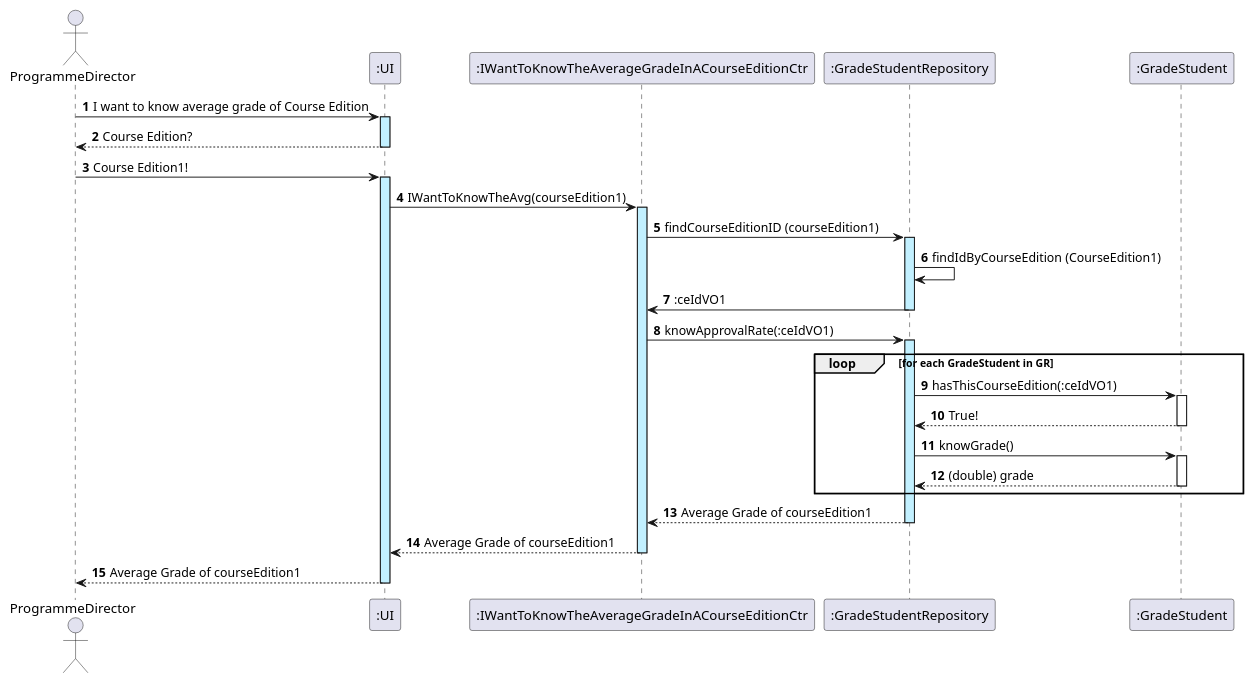
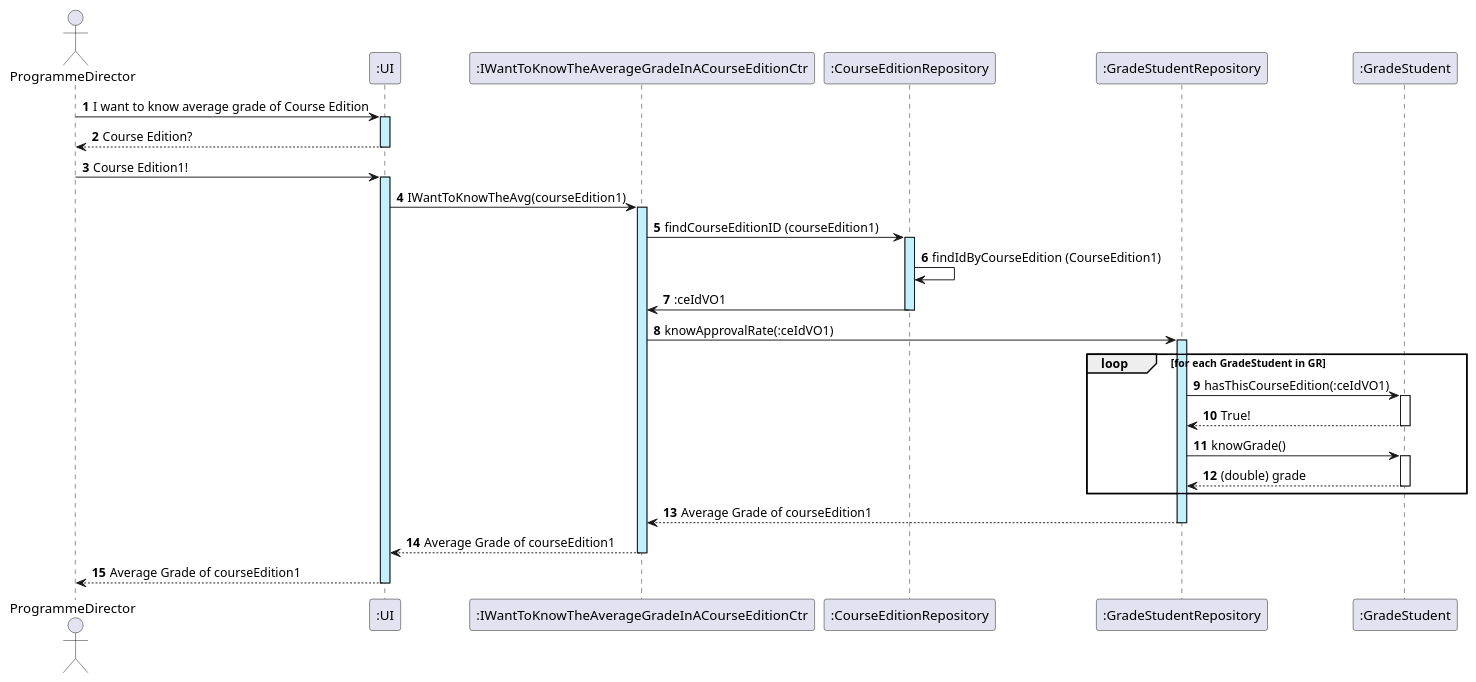
One commit to GasparISEP/DevOps-PAI changed the diagram in docs/US25/US25_knowTheAverageGradeInACourseEditionSD.puml. Above: the diagram before and after it, drawn with PlantUML.

Commit message:
Updated US25_SD. Related #56

```diff
--- a/docs/US25/US25_knowTheAverageGradeInACourseEditionSD.puml
+++ b/docs/US25/US25_knowTheAverageGradeInACourseEditionSD.puml
@@ -1,39 +1,40 @@
 @startuml
 actor ProgrammeDirector
 participant ":UI" as UI
 participant ":IWantToKnowTheAverageGradeInACourseEditionCtr" as KA
+participant ":CourseEditionRepository" as CER
 participant ":GradeStudentRepository" as GR
 participant ":GradeStudent" as GradeStudent
 autonumber
 
 
 ProgrammeDirector -> UI ++ #application: I want to know average grade of Course Edition
 UI --> ProgrammeDirector -- : Course Edition?
 ProgrammeDirector -> UI ++ #application: Course Edition1!
 UI -> KA ++ #application : IWantToKnowTheAvg(courseEdition1)
-KA -> GR ++ #application : findCourseEditionID (courseEdition1)
-GR -> GR : findIdByCourseEdition (CourseEdition1)
-GR -> KA :  :ceIdVO1
-deactivate GR
+KA -> CER ++ #application : findCourseEditionID (courseEdition1)
+CER -> CER : findIdByCourseEdition (CourseEdition1)
+CER -> KA :  :ceIdVO1
+deactivate CER
 KA -> GR ++ #application : knowApprovalRate(:ceIdVO1)
 
 
 
 loop for each GradeStudent in GR
     GR -> GradeStudent : hasThisCourseEdition(:ceIdVO1)
     activate GradeStudent
     GradeStudent --> GR : True!
     deactivate GradeStudent
 
     GR -> GradeStudent : knowGrade()
     activate GradeStudent
     GradeStudent --> GR : (double) grade
     deactivate GradeStudent
 end
 
 
 GR --> KA --: Average Grade of courseEdition1
 KA --> UI --: Average Grade of courseEdition1
 UI --> ProgrammeDirector --: Average Grade of courseEdition1
 
 @enduml
```
